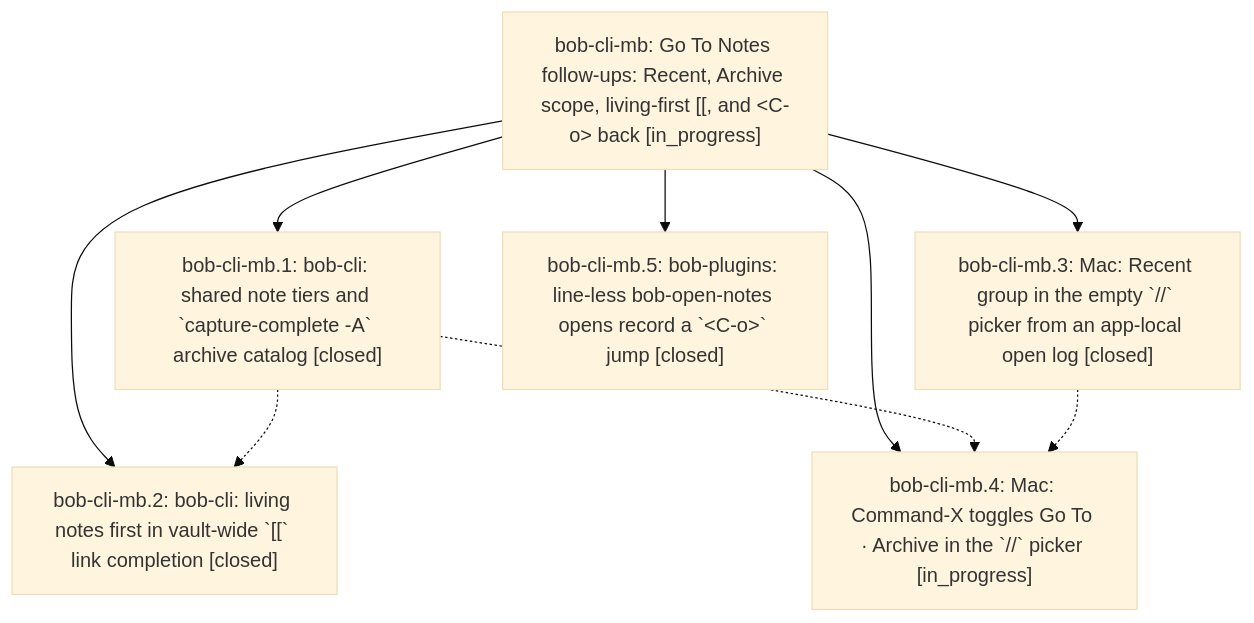
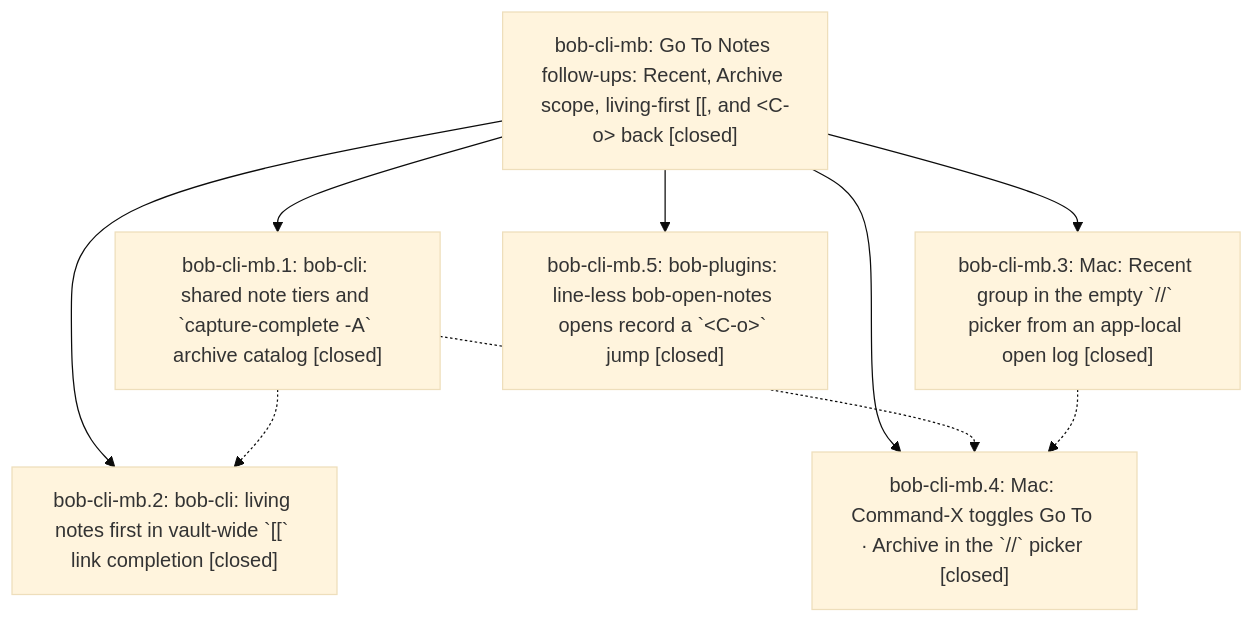
Before and after one commit to bobs-org/bob-cli--beads: the diagram in pages/bob-cli-mb/README.md, drawn with Mermaid (base theme). The commit also changed other lines of this file and 4 other files, not shown here.

First line of the commit message:
chore(beads): sync bead state and pages for bob-cli-mb

````diff
--- a/pages/bob-cli-mb/README.md
+++ b/pages/bob-cli-mb/README.md
@@ -38,17 +46,17 @@
 ```mermaid
 flowchart TD
-    n0["bob-cli-mb: Go To Notes follow-ups: Recent, Archive scope, living-first [[, and &lt;C-o&gt; back [in_progress]"]
+    n0["bob-cli-mb: Go To Notes follow-ups: Recent, Archive scope, living-first [[, and &lt;C-o&gt; back [closed]"]
     n1["bob-cli-mb.1: bob-cli: shared note tiers and `capture-complete -A` archive catalog [closed]"]
     n2["bob-cli-mb.2: bob-cli: living notes first in vault-wide `[[` link completion [closed]"]
     n3["bob-cli-mb.3: Mac: Recent group in the empty `//` picker from an app-local open log [closed]"]
-    n4["bob-cli-mb.4: Mac: Command-X toggles Go To · Archive in the `//` picker [in_progress]"]
+    n4["bob-cli-mb.4: Mac: Command-X toggles Go To · Archive in the `//` picker [closed]"]
     n5["bob-cli-mb.5: bob-plugins: line-less bob-open-notes opens record a `&lt;C-o&gt;` jump [closed]"]
     n0 --> n1
     n0 --> n2
     n0 --> n3
     n0 --> n4
     n0 --> n5
     n1 -.-> n2
     n1 -.-> n4
     n3 -.-> n4
 ```
````
